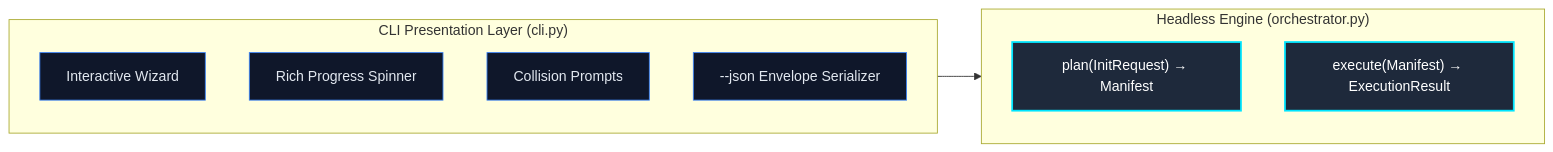
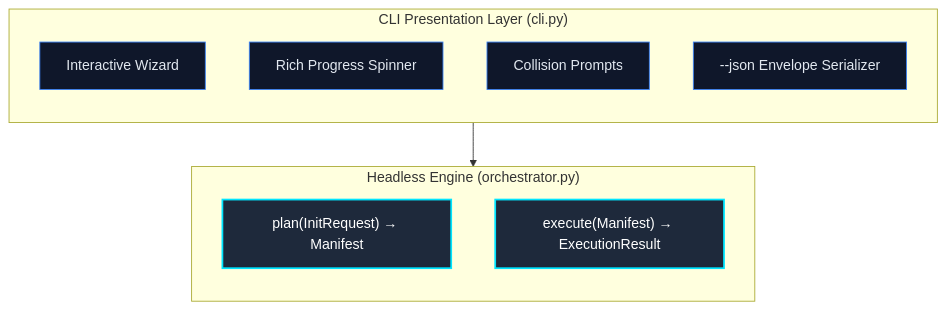
Before and after one commit to JacksonFergusonDev/protostar: the second of 2 diagrams in docs/design-principles.md, drawn with Mermaid. The commit also changed other lines of this file and 1 other file, not shown here.

Commit message:
style(docs): make mermaid diagrams transparent with no border

````diff
--- a/docs/design-principles.md
+++ b/docs/design-principles.md
@@ -135,21 +135,21 @@
 ```mermaid
-flowchart LR
+flowchart TD
     classDef cli fill:#0f172a,stroke:#3b82f6,stroke-width:1px,color:#e2e8f0;
     classDef engine fill:#1e293b,stroke:#00e5ff,stroke-width:2px,color:#fff;
 
     subgraph CLI ["CLI Presentation Layer (cli.py)"]
         direction TB
         TUI["Interactive Wizard"]:::cli
         Spinner["Rich Progress Spinner"]:::cli
         Collision["Collision Prompts"]:::cli
         JSON["--json Envelope Serializer"]:::cli
     end
 
     subgraph Engine ["Headless Engine (orchestrator.py)"]
         direction TB
         Plan["plan(InitRequest) → Manifest"]:::engine
         Exec["execute(Manifest) → ExecutionResult"]:::engine
     end
 
     CLI --> Engine
 ```
````
